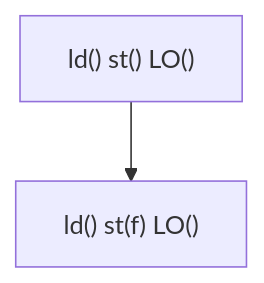
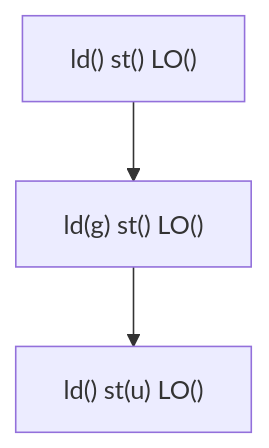
One commit to Yosshi999/ARCGolfVisualizer changed the fourth of 5 diagrams in zlib_optimizer/graph.md. Above: the diagram before and after it, drawn with Mermaid. The commit also changed other lines of this file and 1 other file, not shown here.

````diff
--- a/zlib_optimizer/graph.md
+++ b/zlib_optimizer/graph.md
@@ -12,6 +51,8 @@
 ```mermaid
 graph TB
-  N2778282054288["ld() st() LO()"]
-  N2778282054288 --> N2778282054736
-  N2778282054736["ld() st(f) LO()"]
+  N2209906901328["ld() st() LO()"]
+  N2209906901328 --> N2209906903184
+  N2209906903184["ld(g) st() LO()"]
+  N2209906903184 --> N2209906901136
+  N2209906901136["ld() st(u) LO()"]
 ```
````
